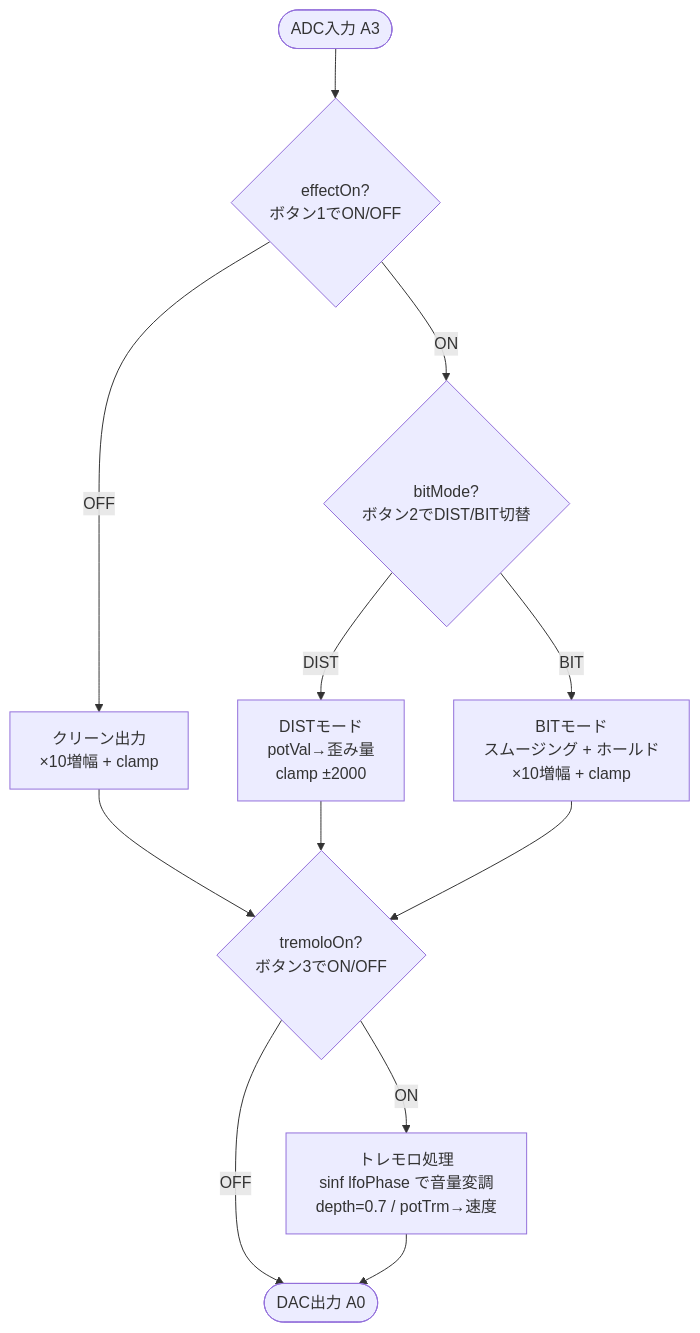
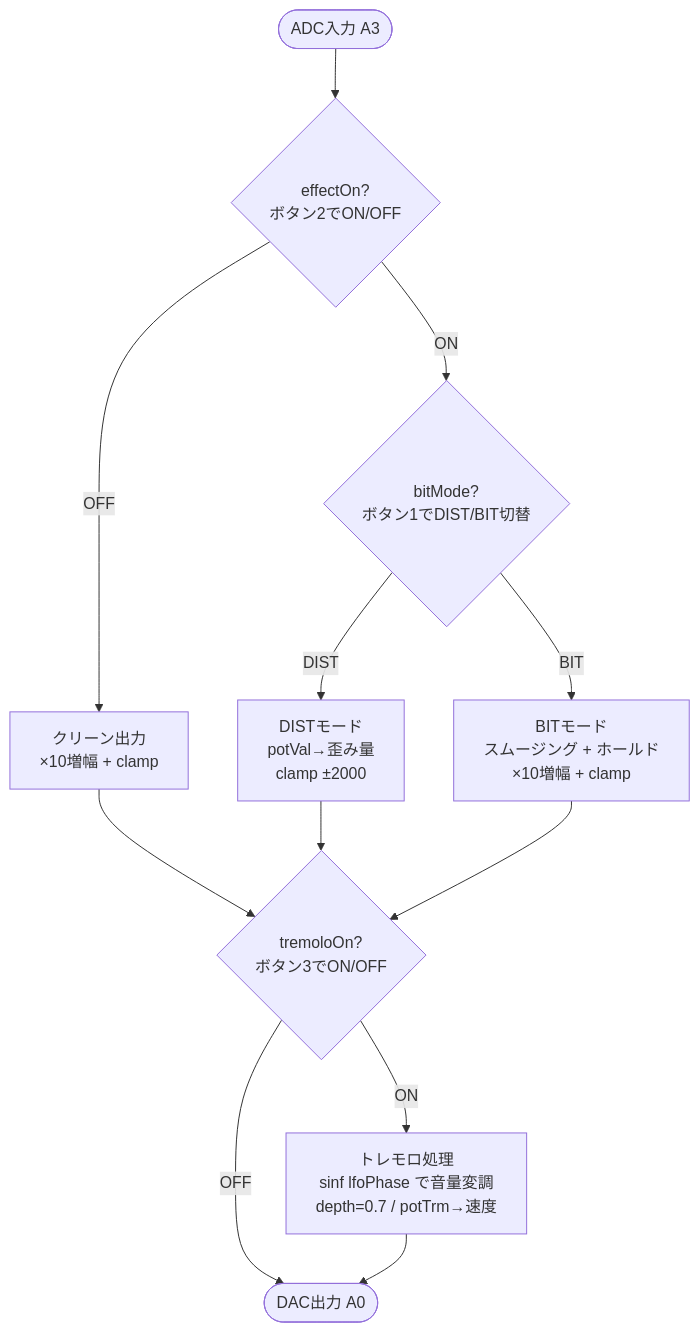
One commit to sishii2026-ctr/effector changed the diagram in readme.md. Above: the diagram before and after it, drawn with Mermaid. The commit also changed other lines of this file, not shown here.

````diff
--- a/readme.md
+++ b/readme.md
@@ -134,18 +134,18 @@
 ``` mermaid
 graph TD;
-    A([ADC入力 A3]) --> B{effectOn?\nボタン1でON/OFF}
+    A([ADC入力 A3]) --> B{effectOn?\nボタン2でON/OFF}
 
     B -- OFF --> C[クリーン出力\n×10増幅 + clamp]
-    B -- ON --> D{bitMode?\nボタン2でDIST/BIT切替}
+    B -- ON --> D{bitMode?\nボタン1でDIST/BIT切替}
 
     D -- DIST --> E[DISTモード\npotVal→歪み量\nclamp ±2000]
     D -- BIT --> F[BITモード\nスムージング + ホールド\n×10増幅 + clamp]
 
     C --> G{tremoloOn?\nボタン3でON/OFF}
     E --> G
     F --> G
 
     G -- OFF --> H([DAC出力 A0])
     G -- ON --> I[トレモロ処理\nsinf lfoPhase で音量変調\ndepth=0.7 / potTrm→速度]
     I --> H
 ```
````
